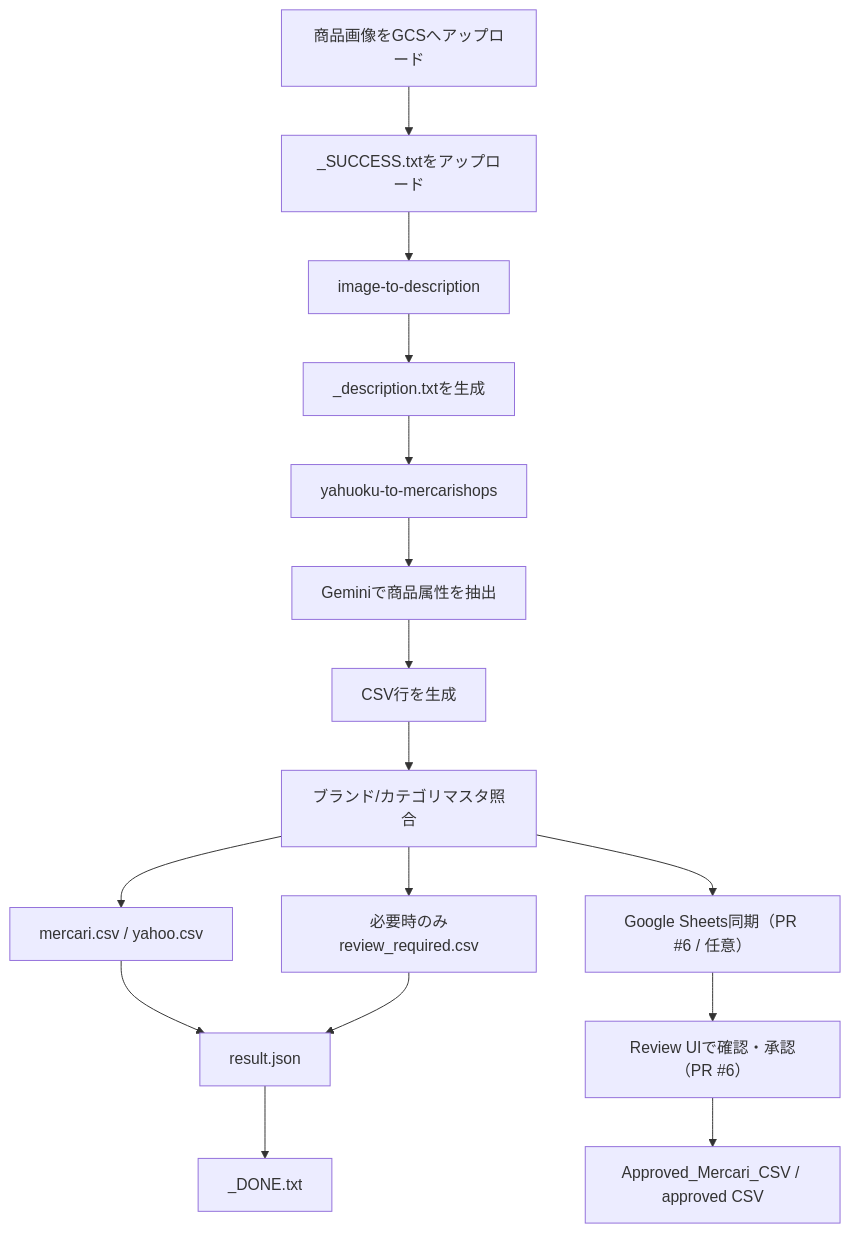
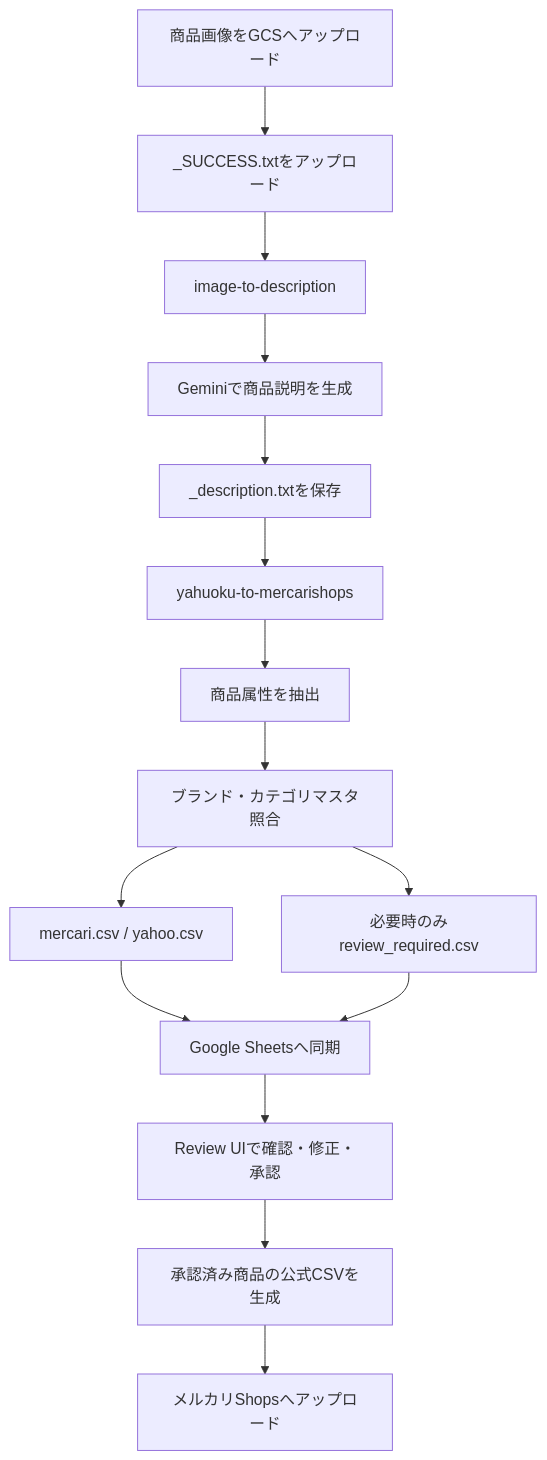
Before and after one commit to HIRABAweb/mercari-shops-auto-description: the diagram in README.md, drawn with Mermaid. The commit also changed other lines of this file, not shown here.

Commit message:
docs: update README for recruiter review

````diff
--- a/README.md
+++ b/README.md
@@ -88,18 +77,17 @@
 ```mermaid
 flowchart TD
     A[商品画像をGCSへアップロード] --> B[_SUCCESS.txtをアップロード]
     B --> C[image-to-description]
-    C --> D[_description.txtを生成]
-    D --> E[yahuoku-to-mercarishops]
-    E --> F[Geminiで商品属性を抽出]
-    F --> G[CSV行を生成]
-    G --> H[ブランド/カテゴリマスタ照合]
+    C --> D[Geminiで商品説明を生成]
+    D --> E[_description.txtを保存]
+    E --> F[yahuoku-to-mercarishops]
+    F --> G[商品属性を抽出]
+    G --> H[ブランド・カテゴリマスタ照合]
     H --> I[mercari.csv / yahoo.csv]
     H --> J[必要時のみreview_required.csv]
-    I --> K[result.json]
+    I --> K[Google Sheetsへ同期]
     J --> K
-    K --> L[_DONE.txt]
-    H --> M[Google Sheets同期（PR #6 / 任意）]
-    M --> N[Review UIで確認・承認（PR #6）]
-    N --> O[Approved_Mercari_CSV / approved CSV]
+    K --> L[Review UIで確認・修正・承認]
+    L --> M[承認済み商品の公式CSVを生成]
+    M --> N[メルカリShopsへアップロード]
 ```
````
